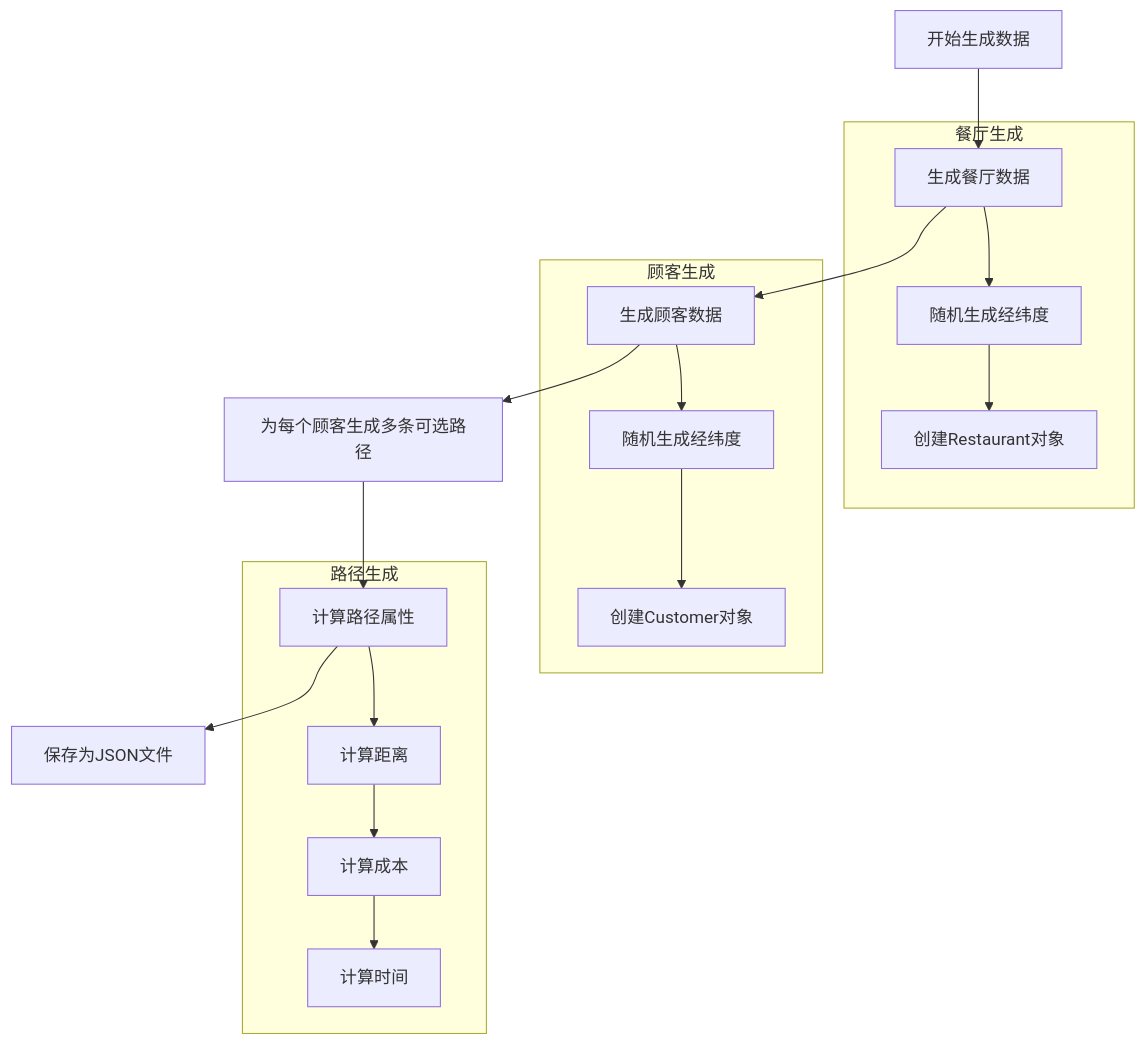
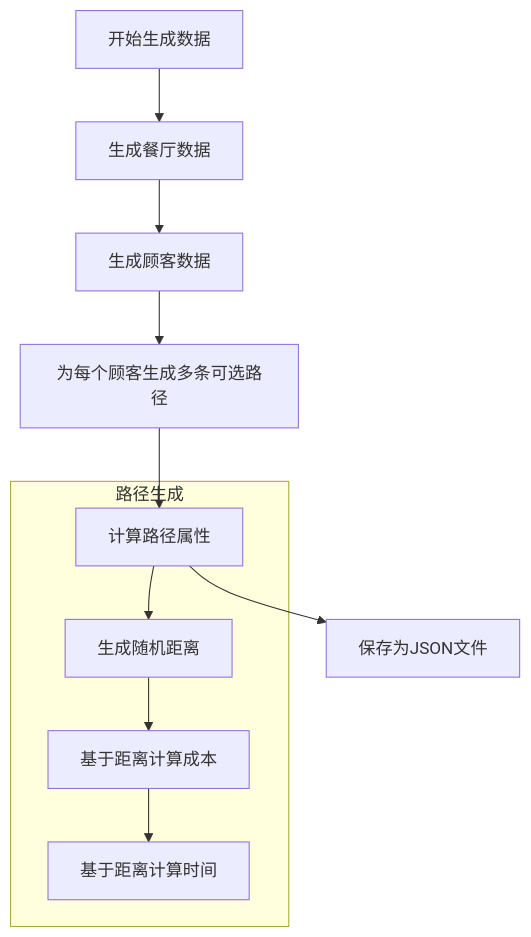
One commit to 944613709/2024PKU-Takeaway-Finding-Optimal-Path-System changed the first of 7 diagrams in README.md. Above: the diagram before and after it, drawn with Mermaid. The commit also changed other lines of this file and 3 other files, not shown here.

````diff
--- a/README.md
+++ b/README.md
@@ -67,24 +67,14 @@
 ```mermaid
 flowchart TD
     A[开始生成数据] --> B[生成餐厅数据]
     B --> C[生成顾客数据]
     C --> D[为每个顾客生成多条可选路径]
     D --> E[计算路径属性]
     E --> F[保存为JSON文件]
     
-    subgraph 餐厅生成
-        B --> B1[随机生成经纬度]
-        B1 --> B2[创建Restaurant对象]
-    end
-    
-    subgraph 顾客生成
-        C --> C1[随机生成经纬度]
-        C1 --> C2[创建Customer对象]
-    end
-    
     subgraph 路径生成
-        E --> E1[计算距离]
-        E1 --> E2[计算成本]
-        E2 --> E3[计算时间]
+        E --> E1[生成随机距离]
+        E1 --> E2[基于距离计算成本]
+        E2 --> E3[基于距离计算时间]
     end
 ```
````
